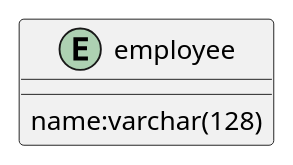
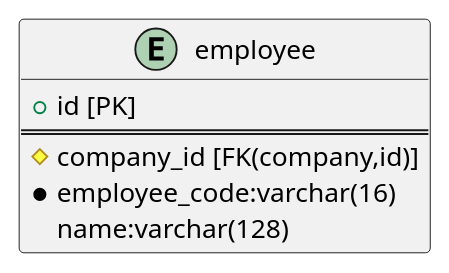
Before and after one commit to Aso2001196/2021sys-design: the diagram in ER2_all.md, drawn with PlantUML.

```diff
--- a/ER2_all.md
+++ b/ER2_all.md
@@ -1,5 +1,9 @@
 @startuml
 entity "employee" {
+    + id [PK]
+    ==
+    # company_id [FK(company,id)]
+    * employee_code:varchar(16)
     name:varchar(128)
 }
 @enduml
```
